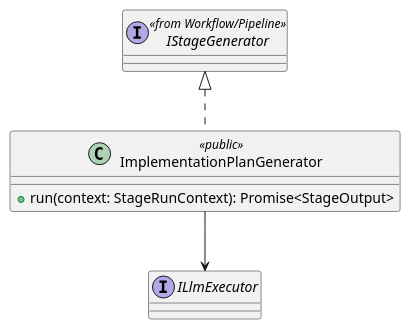
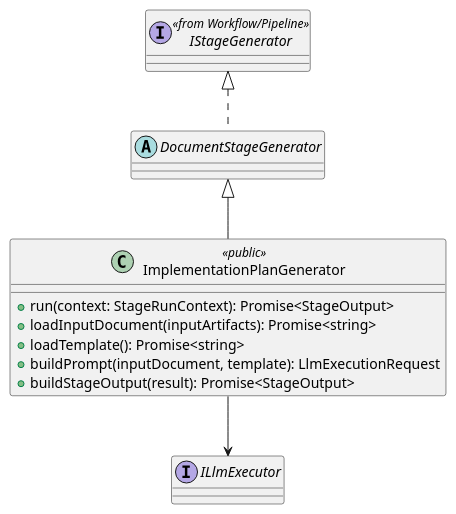
Before and after one commit to lucky-chen/ai_workflow_travel: the first of 2 diagrams in meta_layer/docs/design_docs/Execution/ImplementationPlanGenerator.md, drawn with PlantUML. The commit also changed other lines of this file and 7 other files, not shown here.

First line of the commit message:
[AI] gpt-5.4: align implementation plan driven execution docs

````diff
--- a/meta_layer/docs/design_docs/Execution/ImplementationPlanGenerator.md
+++ b/meta_layer/docs/design_docs/Execution/ImplementationPlanGenerator.md
@@ -36,13 +40,20 @@
 ```plantuml
 @startuml
 interface IStageGenerator <<from Workflow/Pipeline>>
 interface ILlmExecutor
 
+abstract class DocumentStageGenerator
+
 class ImplementationPlanGenerator <<public>> {
   +run(context: StageRunContext): Promise<StageOutput>
+  +loadInputDocument(inputArtifacts): Promise<string>
+  +loadTemplate(): Promise<string>
+  +buildPrompt(inputDocument, template): LlmExecutionRequest
+  +buildStageOutput(result): Promise<StageOutput>
 }
 
-IStageGenerator <|.. ImplementationPlanGenerator
+IStageGenerator <|.. DocumentStageGenerator
+DocumentStageGenerator <|-- ImplementationPlanGenerator
 ImplementationPlanGenerator --> ILlmExecutor
 @enduml
 ```
````
